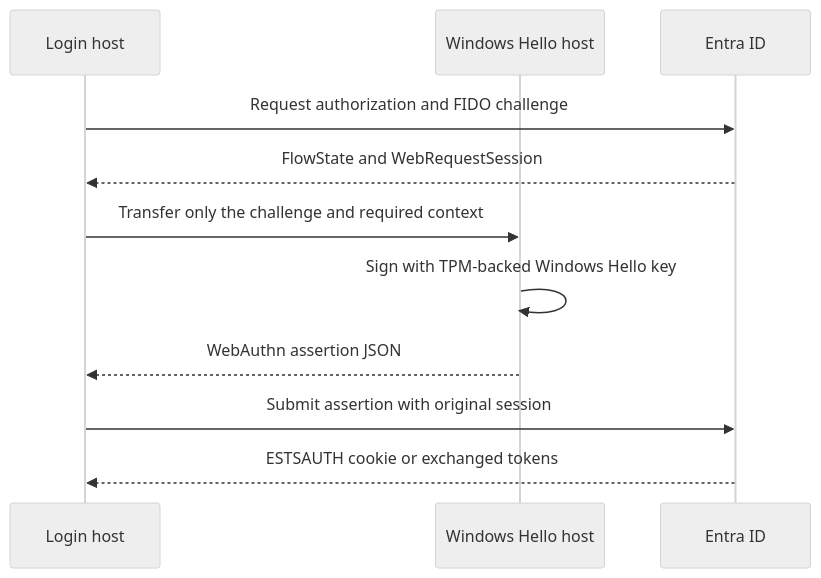
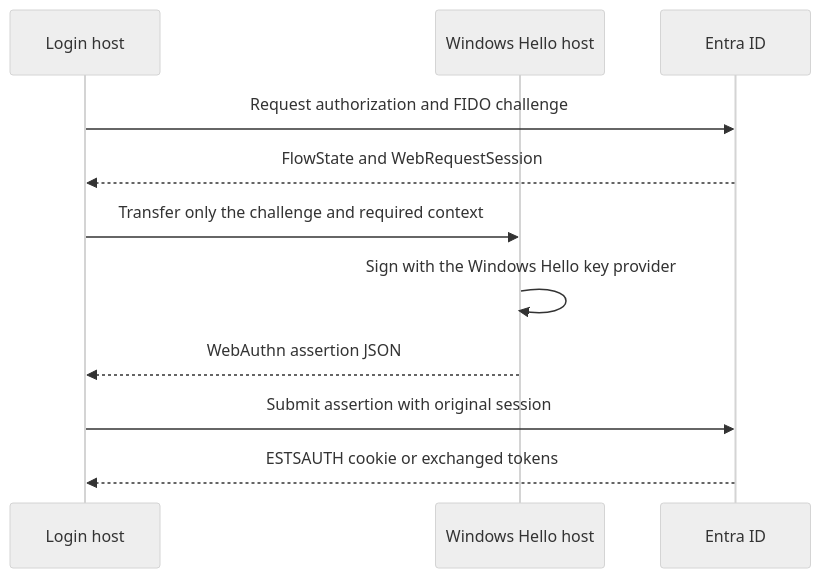
The second of 2 diagrams in docs/use-cases/passkey-fido2.md (f-bader/TokenTacticsV2), drawn with Mermaid (neutral theme) before and after one commit. The commit also changed other lines of this file and 26 other files, not shown here.

````diff
--- a/docs/use-cases/passkey-fido2.md
+++ b/docs/use-cases/passkey-fido2.md
@@ -53,14 +53,14 @@
 ```mermaid
 sequenceDiagram
     participant L as Login host
     participant W as Windows Hello host
     participant E as Entra ID
 
     L->>E: Request authorization and FIDO challenge
     E-->>L: FlowState and WebRequestSession
     L->>W: Transfer only the challenge and required context
-    W->>W: Sign with TPM-backed Windows Hello key
+    W->>W: Sign with the Windows Hello key provider
     W-->>L: WebAuthn assertion JSON
     L->>E: Submit assertion with original session
     E-->>L: ESTSAUTH cookie or exchanged tokens
 ```
````
